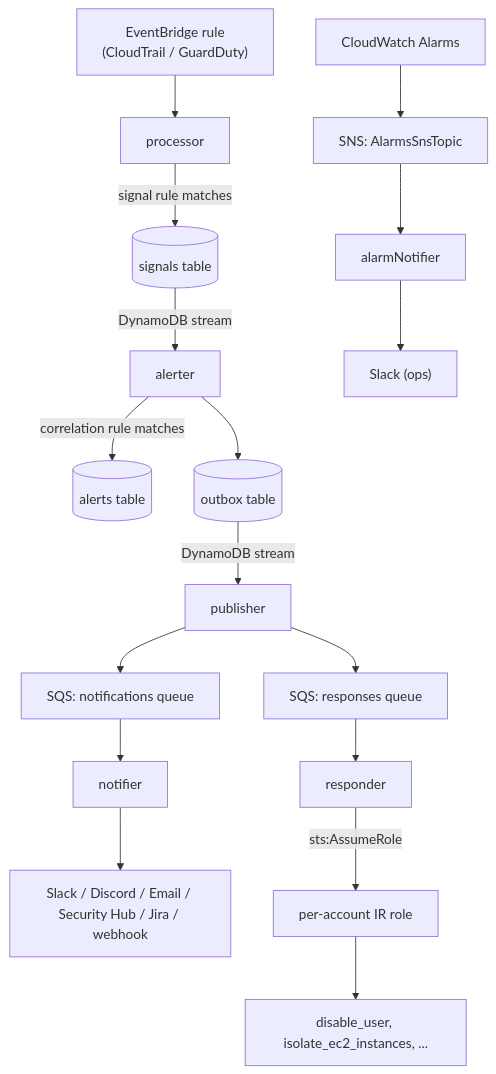
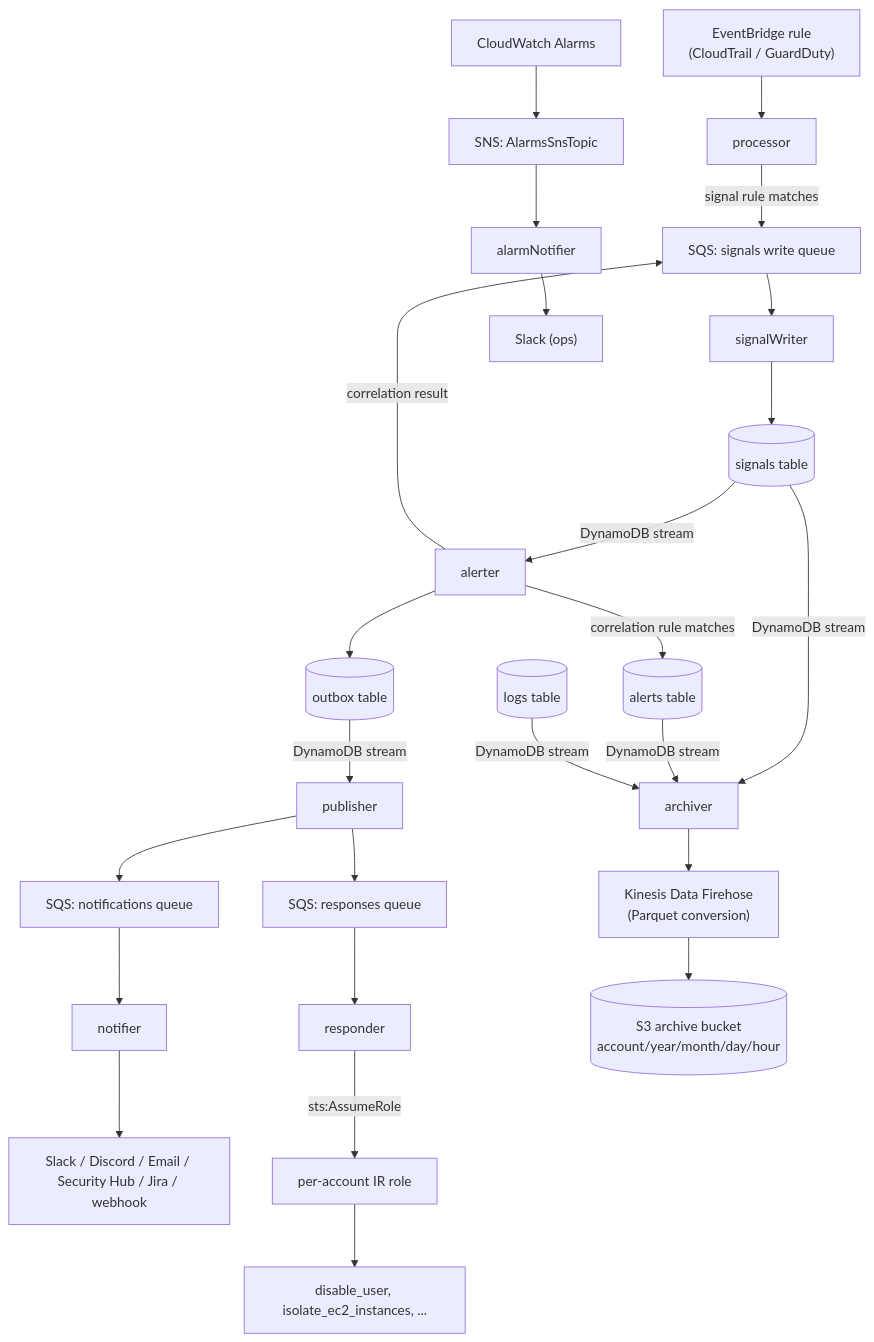
The diagram in docs/architecture.md (dbnz-io/opencdr), drawn with Mermaid before and after one commit. The commit also changed other lines of this file and 129 other files, not shown here.

````diff
--- a/docs/architecture.md
+++ b/docs/architecture.md
@@ -28,20 +30,29 @@
 ```mermaid
 flowchart TD
     EB["EventBridge rule\n(CloudTrail / GuardDuty)"] --> P["processor"]
-    P -->|"signal rule matches"| SIG[("signals table")]
+    P -->|"signal rule matches"| SWQ["SQS: signals write queue"]
+    SWQ --> SW["signalWriter"]
+    SW --> SIG[("signals table")]
     SIG -->|DynamoDB stream| AL["alerter"]
+    AL -->|"correlation result"| SWQ
     AL -->|"correlation rule matches"| ALT[("alerts table")]
     AL --> OUT[("outbox table")]
     OUT -->|DynamoDB stream| PUB["publisher"]
     PUB --> NQ["SQS: notifications queue"]
     PUB --> RQ["SQS: responses queue"]
     NQ --> NOT["notifier"]
     RQ --> RESP["responder"]
     NOT --> CH["Slack / Discord / Email / Security Hub / Jira / webhook"]
     RESP -->|"sts:AssumeRole"| IR["per-account IR role"]
     IR --> ACT["disable_user, isolate_ec2_instances, ..."]
 
     ALM["CloudWatch Alarms"] --> ALMSNS["SNS: AlarmsSnsTopic"]
     ALMSNS --> ALMN["alarmNotifier"]
     ALMN --> SLACK["Slack (ops)"]
+
+    SIG -->|DynamoDB stream| ARC["archiver"]
+    ALT -->|DynamoDB stream| ARC
+    LOG[("logs table")] -->|DynamoDB stream| ARC
+    ARC --> FH["Kinesis Data Firehose\n(Parquet conversion)"]
+    FH --> S3[("S3 archive bucket\naccount/year/month/day/hour")]
 ```
````
